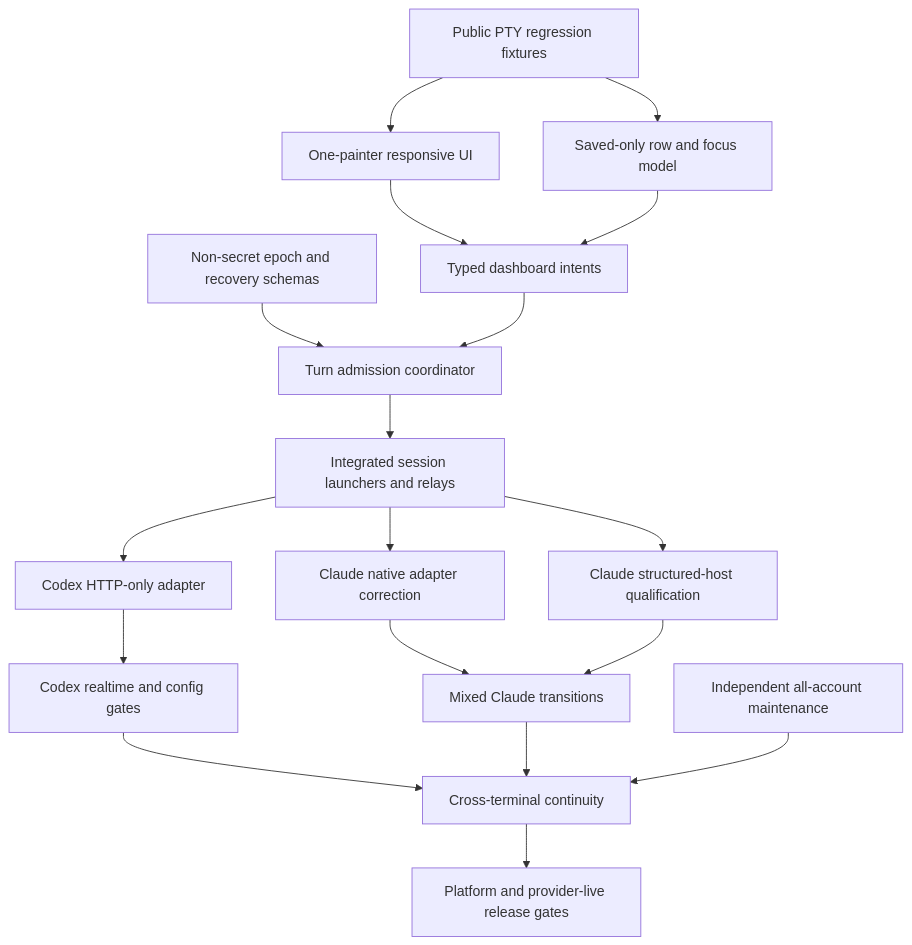
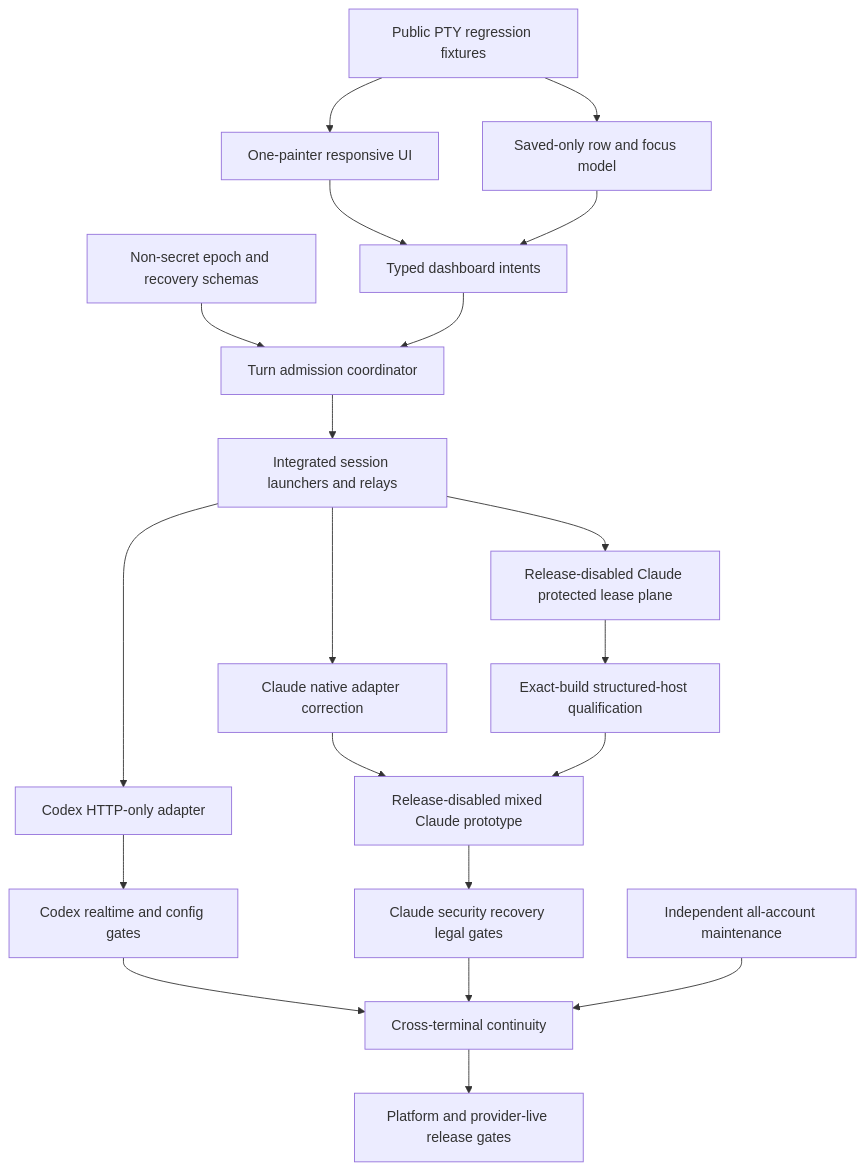
Diagram 12 of 12 in docs/superpowers/specs/2026-08-01-hardened-global-account-selection-design.md (Sawmonabo/sidekick-usages), drawn with Mermaid before and after one commit. The commit also changed other lines of this file and 1 other file, not shown here.

Commit message:
docs(selection): gate Claude setup switching

````diff
--- a/docs/superpowers/specs/2026-08-01-hardened-global-account-selection-design.md
+++ b/docs/superpowers/specs/2026-08-01-hardened-global-account-selection-design.md
@@ -2576,20 +2710,22 @@
 ```mermaid
 flowchart TD
     A[Public PTY regression fixtures] --> B[One-painter responsive UI]
     A --> C[Saved-only row and focus model]
     B --> D[Typed dashboard intents]
     C --> D
     E[Non-secret epoch and recovery schemas] --> F[Turn admission coordinator]
     D --> F
     F --> N[Integrated session launchers and relays]
     N --> G[Claude native adapter correction]
     N --> H[Codex HTTP-only adapter]
-    N --> I[Claude structured-host qualification]
-    G --> J[Mixed Claude transitions]
+    N --> P[Release-disabled Claude protected lease plane]
+    P --> I[Exact-build structured-host qualification]
+    G --> J[Release-disabled mixed Claude prototype]
     I --> J
     H --> R[Codex realtime and config gates]
     R --> K[Cross-terminal continuity]
-    J --> K
+    J --> Q[Claude security recovery legal gates]
+    Q --> K
     L[Independent all-account maintenance] --> K
     K --> M[Platform and provider-live release gates]
 ```
````
